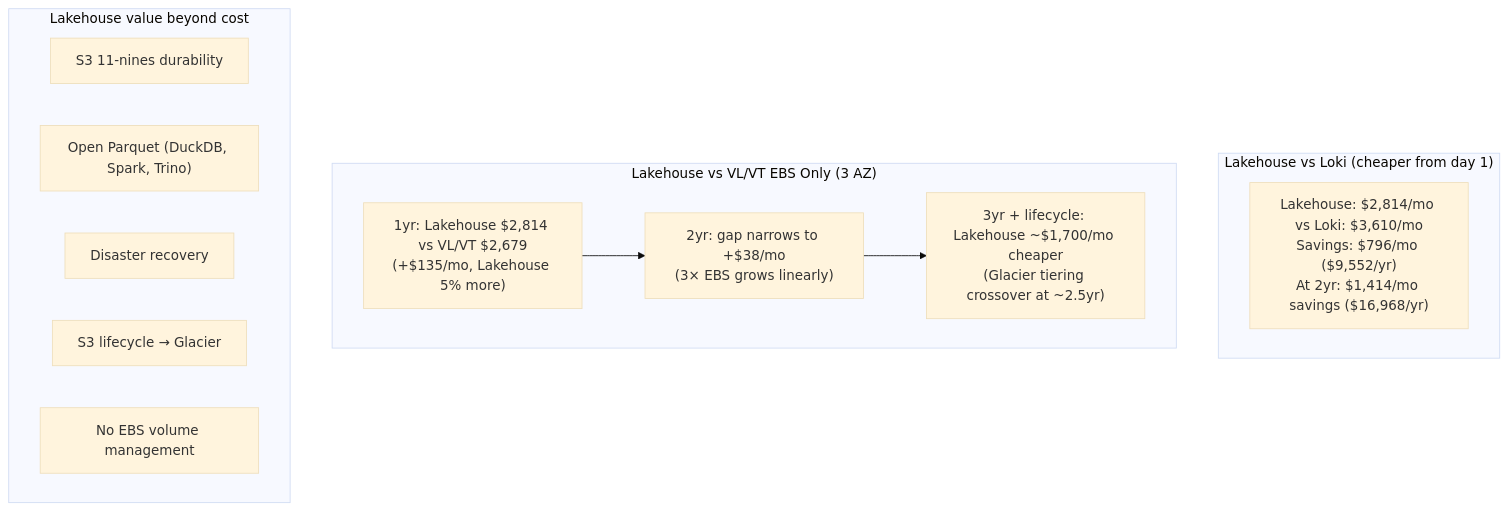
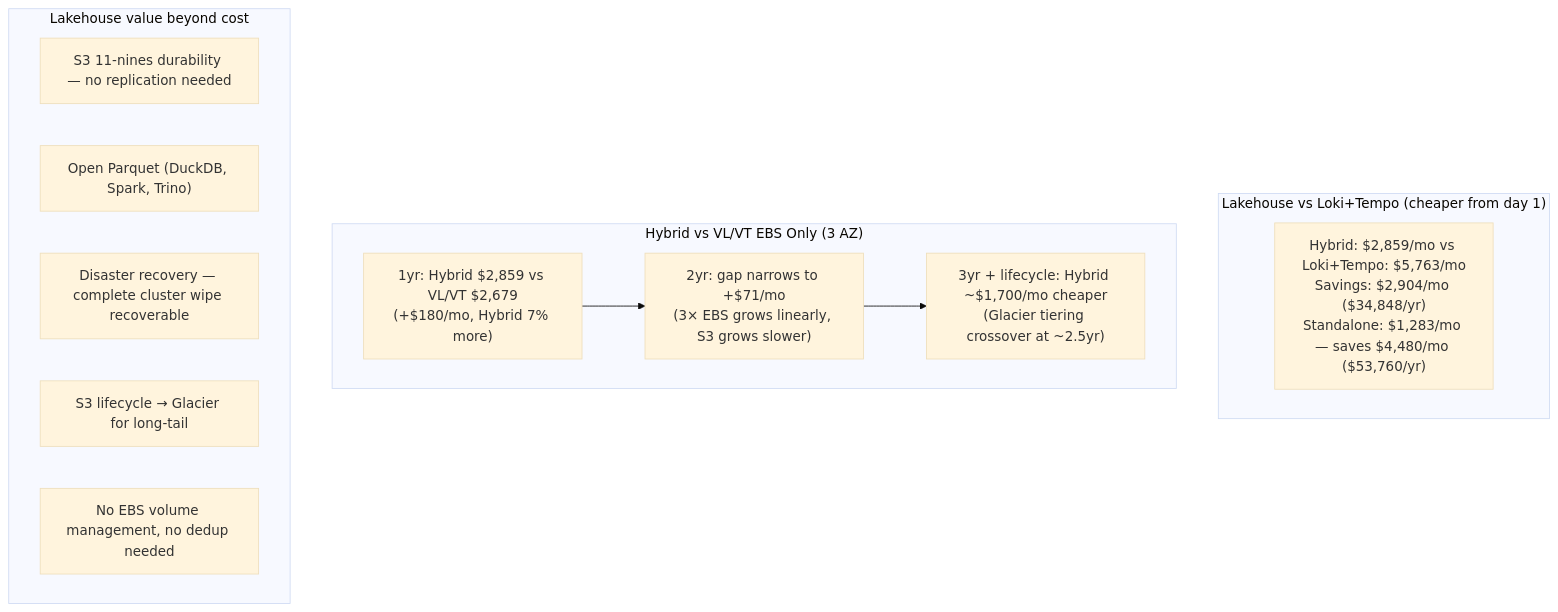
One commit to ReliablyObserve/victoria-lakehouse changed the fourth of 4 diagrams in docs/cost-comparison.md. Above: the diagram before and after it, drawn with Mermaid (base theme). The commit also changed other lines of this file and 1 other file, not shown here.

First line of the commit message:
docs: comprehensive cost update with real ZSTD benchmarks and full Loki+Tempo infrastructure costs

````diff
--- a/docs/cost-comparison.md
+++ b/docs/cost-comparison.md
@@ -387,19 +427,19 @@
 ```mermaid
 flowchart TB
-    subgraph "Lakehouse vs Loki (cheaper from day 1)"
-        LvL["Lakehouse: $2,814/mo vs Loki: $3,610/mo\nSavings: $796/mo ($9,552/yr)\nAt 2yr: $1,414/mo savings ($16,968/yr)"]
+    subgraph "Lakehouse vs Loki+Tempo (cheaper from day 1)"
+        LvL["Hybrid: $2,859/mo vs Loki+Tempo: $5,763/mo\nSavings: $2,904/mo ($34,848/yr)\nStandalone: $1,283/mo — saves $4,480/mo ($53,760/yr)"]
     end
-    subgraph "Lakehouse vs VL/VT EBS Only (3 AZ)"
-        LvV1["1yr: Lakehouse $2,814 vs VL/VT $2,679\n(+$135/mo, Lakehouse 5% more)"]
-        LvV2["2yr: gap narrows to +$38/mo\n(3× EBS grows linearly)"]
-        LvV3["3yr + lifecycle: Lakehouse ~$1,700/mo cheaper\n(Glacier tiering crossover at ~2.5yr)"]
+    subgraph "Hybrid vs VL/VT EBS Only (3 AZ)"
+        LvV1["1yr: Hybrid $2,859 vs VL/VT $2,679\n(+$180/mo, Hybrid 7% more)"]
+        LvV2["2yr: gap narrows to +$71/mo\n(3× EBS grows linearly, S3 grows slower)"]
+        LvV3["3yr + lifecycle: Hybrid ~$1,700/mo cheaper\n(Glacier tiering crossover at ~2.5yr)"]
         LvV1 --> LvV2 --> LvV3
     end
     subgraph "Lakehouse value beyond cost"
-        V1["S3 11-nines durability"]
+        V1["S3 11-nines durability — no replication needed"]
         V2["Open Parquet (DuckDB, Spark, Trino)"]
-        V3["Disaster recovery"]
-        V4["S3 lifecycle → Glacier"]
-        V5["No EBS volume management"]
+        V3["Disaster recovery — complete cluster wipe recoverable"]
+        V4["S3 lifecycle → Glacier for long-tail"]
+        V5["No EBS volume management, no dedup needed"]
     end
 ```
````
